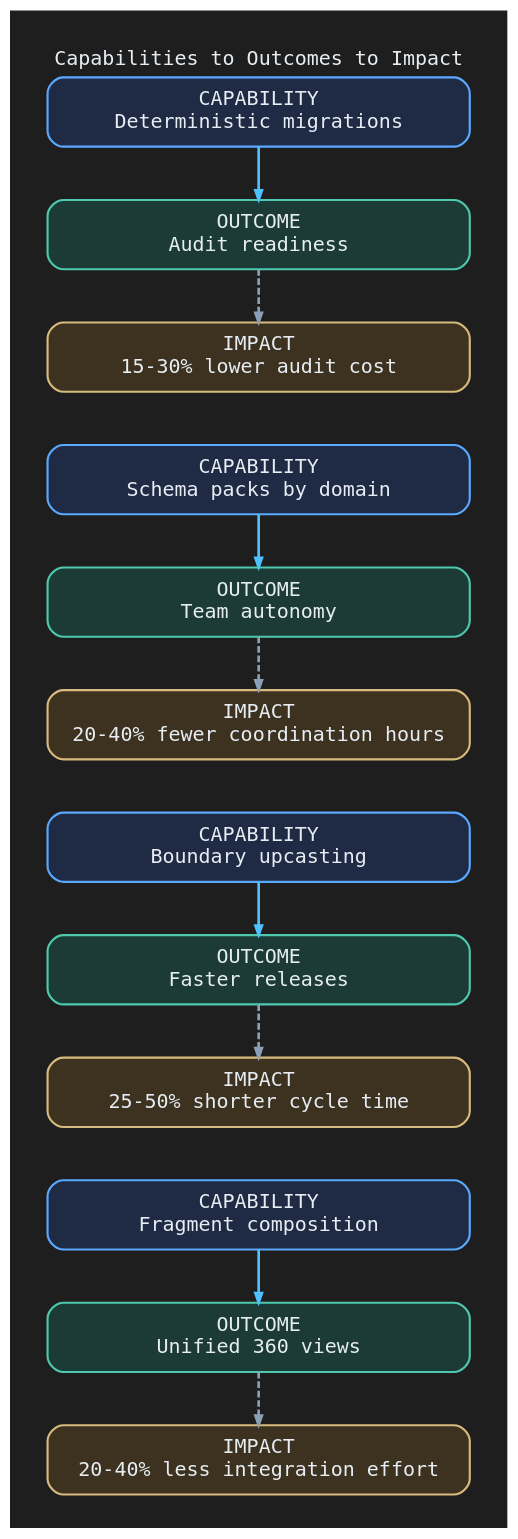
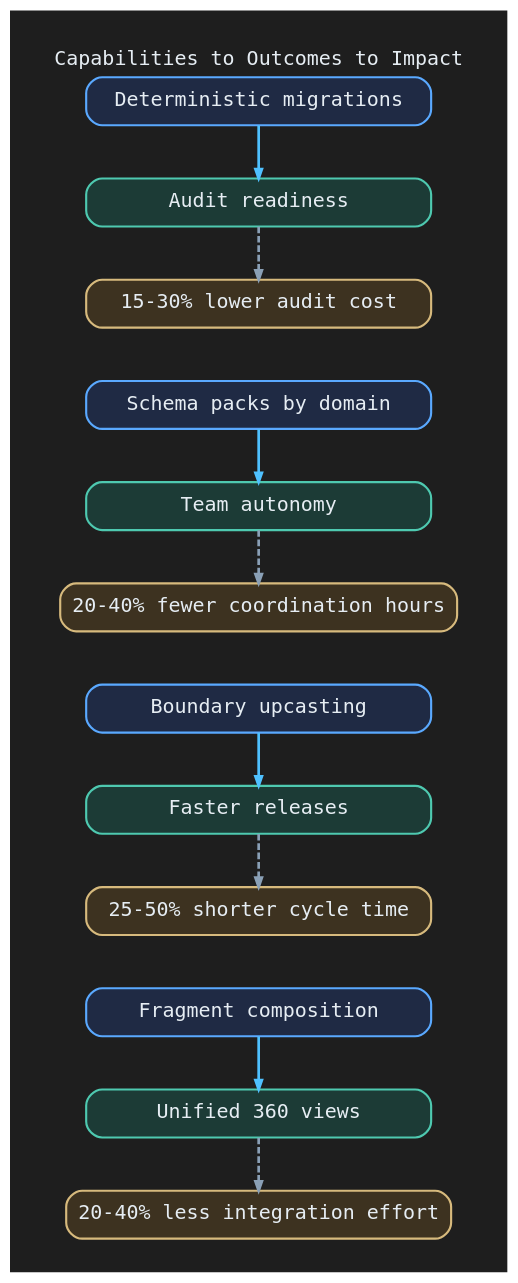
One commit to cronologi/schemalution changed the diagram in assets/diagrams/capabilities-outcomes-mobile.dot. Above: the diagram before and after it, drawn with Graphviz. The commit also changed 8 other files, not shown here.

```diff
--- a/assets/diagrams/capabilities-outcomes-mobile.dot
+++ b/assets/diagrams/capabilities-outcomes-mobile.dot
@@ -1,56 +1,56 @@
 digraph capabilities_outcomes_mobile {
   graph [
     rankdir=TB,
     bgcolor="#1E1E1E",
     pad="0.35",
     nodesep="0.45",
     ranksep="0.55",
     fontname="Cascadia Code, DejaVu Sans Mono, Noto Mono",
     fontsize=15,
     fontcolor="#E6EDF3",
     labelloc="t",
     label="Capabilities to Outcomes to Impact"
   ];
 
   node [
     shape=box,
     style="rounded,filled",
     fontname="Cascadia Code, DejaVu Sans Mono, Noto Mono",
     fontcolor="#E6EDF3",
     fontsize=15,
-    margin="0.16,0.12",
-    width=4.4,
+    margin="0.12,0.12",
+    width=3.6,
     penwidth=1.6
   ];
 
   edge [color="#4FC1FF", penwidth=2, arrowsize=0.7];
 
-  C1 [fillcolor="#1F2A44", color="#5AA9FF", label="CAPABILITY\nDeterministic migrations"];
-  O1 [fillcolor="#1C3B36", color="#4EC9B0", label="OUTCOME\nAudit readiness"];
-  I1 [fillcolor="#3D3220", color="#D7BA7D", label="IMPACT\n15-30% lower audit cost"];
+  C1 [fillcolor="#1F2A44", color="#5AA9FF", label="Deterministic migrations"];
+  O1 [fillcolor="#1C3B36", color="#4EC9B0", label="Audit readiness"];
+  I1 [fillcolor="#3D3220", color="#D7BA7D", label="15-30% lower audit cost"];
 
-  C2 [fillcolor="#1F2A44", color="#5AA9FF", label="CAPABILITY\nSchema packs by domain"];
-  O2 [fillcolor="#1C3B36", color="#4EC9B0", label="OUTCOME\nTeam autonomy"];
-  I2 [fillcolor="#3D3220", color="#D7BA7D", label="IMPACT\n20-40% fewer coordination hours"];
+  C2 [fillcolor="#1F2A44", color="#5AA9FF", label="Schema packs by domain"];
+  O2 [fillcolor="#1C3B36", color="#4EC9B0", label="Team autonomy"];
+  I2 [fillcolor="#3D3220", color="#D7BA7D", label="20-40% fewer coordination hours"];
 
-  C3 [fillcolor="#1F2A44", color="#5AA9FF", label="CAPABILITY\nBoundary upcasting"];
-  O3 [fillcolor="#1C3B36", color="#4EC9B0", label="OUTCOME\nFaster releases"];
-  I3 [fillcolor="#3D3220", color="#D7BA7D", label="IMPACT\n25-50% shorter cycle time"];
+  C3 [fillcolor="#1F2A44", color="#5AA9FF", label="Boundary upcasting"];
+  O3 [fillcolor="#1C3B36", color="#4EC9B0", label="Faster releases"];
+  I3 [fillcolor="#3D3220", color="#D7BA7D", label="25-50% shorter cycle time"];
 
-  C4 [fillcolor="#1F2A44", color="#5AA9FF", label="CAPABILITY\nFragment composition"];
-  O4 [fillcolor="#1C3B36", color="#4EC9B0", label="OUTCOME\nUnified 360 views"];
-  I4 [fillcolor="#3D3220", color="#D7BA7D", label="IMPACT\n20-40% less integration effort"];
+  C4 [fillcolor="#1F2A44", color="#5AA9FF", label="Fragment composition"];
+  O4 [fillcolor="#1C3B36", color="#4EC9B0", label="Unified 360 views"];
+  I4 [fillcolor="#3D3220", color="#D7BA7D", label="20-40% less integration effort"];
 
   C1 -> O1;
   O1 -> I1 [style=dashed, color="#8AA0B6"];
   C2 -> O2;
   O2 -> I2 [style=dashed, color="#8AA0B6"];
   C3 -> O3;
   O3 -> I3 [style=dashed, color="#8AA0B6"];
   C4 -> O4;
   O4 -> I4 [style=dashed, color="#8AA0B6"];
 
   I1 -> C2 [style=invis, weight=10];
   I2 -> C3 [style=invis, weight=10];
   I3 -> C4 [style=invis, weight=10];
 }
```
